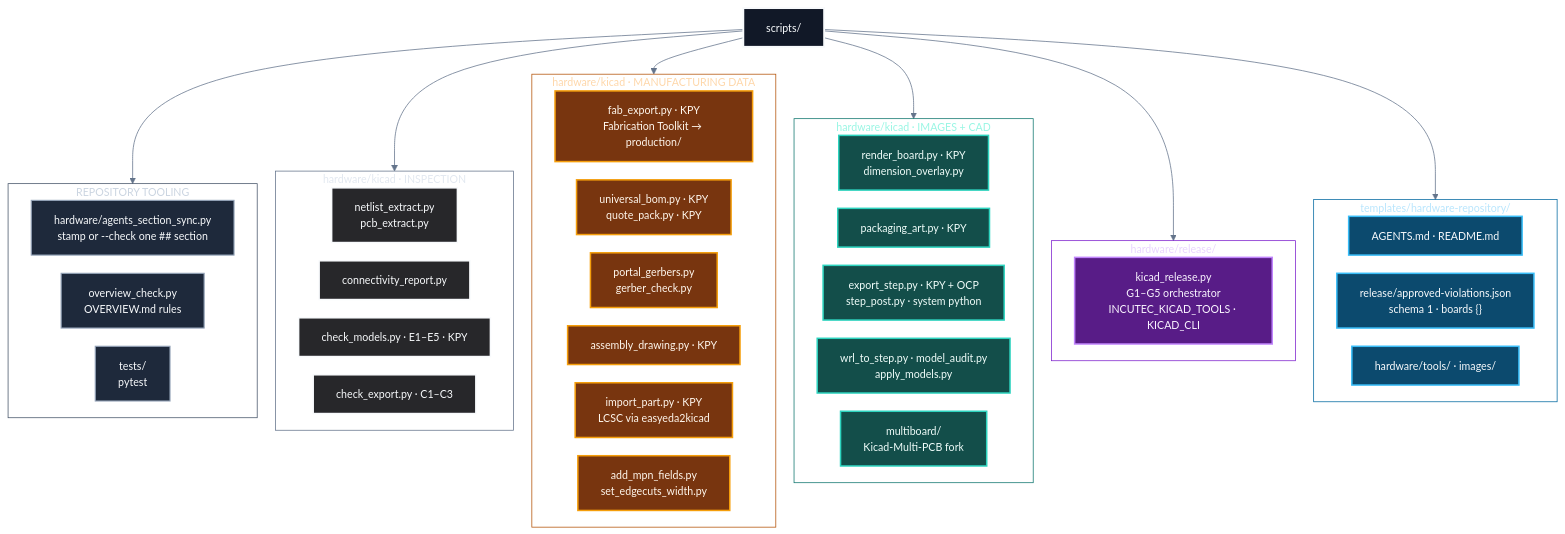
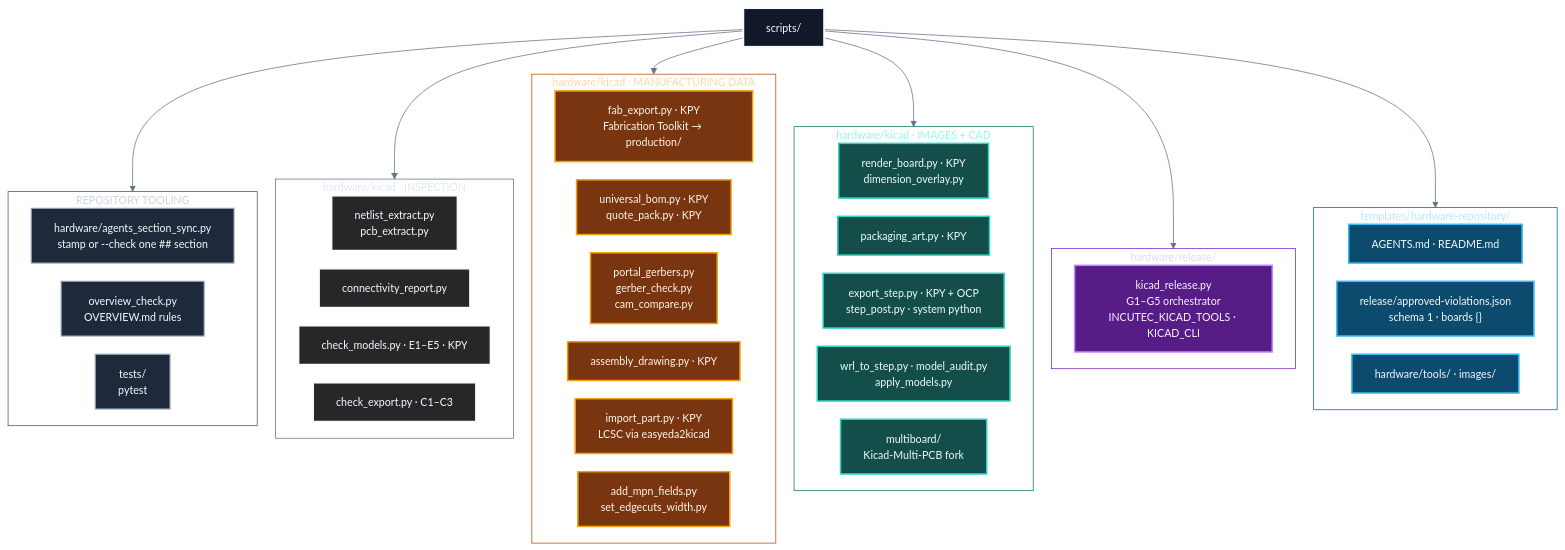
The second of 7 diagrams in OVERVIEW.md (incutec-org/hardware-tooling), drawn with Mermaid before and after one commit. The commit also changed other lines of this file and 4 other files, not shown here.

First line of the commit message:
Add cam_compare: review fab CAM Gerbers against the release

````diff
--- a/OVERVIEW.md
+++ b/OVERVIEW.md
@@ -40,81 +40,81 @@
 ```mermaid
 %%{init: {"theme": "base", "themeVariables": {"background": "#0b1120", "lineColor": "#64748b", "primaryTextColor": "#f8fafc", "edgeLabelBackground": "#0b1120", "fontSize": "14px"}, "flowchart": {"curve": "basis", "nodeSpacing": 24, "rankSpacing": 36}}}%%
 flowchart TB
     ROOT["scripts/"]
 
     ROOT --> META
     ROOT --> INSPECT
     ROOT --> FAB
     ROOT --> MEDIA
     ROOT --> REL
     ROOT --> TPL
 
     subgraph META["REPOSITORY TOOLING"]
         direction LR
         A1["hardware/agents_section_sync.py<br/>stamp or --check one ## section"]
         A2["overview_check.py<br/>OVERVIEW.md rules"]
         A3["tests/<br/>pytest"]
     end
 
     subgraph INSPECT["hardware/kicad · INSPECTION"]
         direction LR
         I1["netlist_extract.py<br/>pcb_extract.py"]
         I2["connectivity_report.py"]
         I3["check_models.py · E1–E5 · KPY"]
         I4["check_export.py · C1–C3"]
     end
 
     subgraph FAB["hardware/kicad · MANUFACTURING DATA"]
         direction LR
         F1["fab_export.py · KPY<br/>Fabrication Toolkit → production/"]
         F2["universal_bom.py · KPY<br/>quote_pack.py · KPY"]
-        F3["portal_gerbers.py<br/>gerber_check.py"]
+        F3["portal_gerbers.py<br/>gerber_check.py<br/>cam_compare.py"]
         F4["assembly_drawing.py · KPY"]
         F5["import_part.py · KPY<br/>LCSC via easyeda2kicad"]
         F6["add_mpn_fields.py<br/>set_edgecuts_width.py"]
     end
 
     subgraph MEDIA["hardware/kicad · IMAGES + CAD"]
         direction LR
         M1["render_board.py · KPY<br/>dimension_overlay.py"]
         M2["packaging_art.py · KPY"]
         M3["export_step.py · KPY + OCP<br/>step_post.py · system python"]
         M4["wrl_to_step.py · model_audit.py<br/>apply_models.py"]
         M5["multiboard/<br/>Kicad-Multi-PCB fork"]
     end
 
     subgraph REL["hardware/release/"]
         direction LR
         R1["kicad_release.py<br/>G1–G5 orchestrator<br/>INCUTEC_KICAD_TOOLS · KICAD_CLI"]
     end
 
     subgraph TPL["templates/hardware-repository/"]
         direction LR
         T1["AGENTS.md · README.md"]
         T2["release/approved-violations.json<br/>schema 1 · boards {}"]
         T3["hardware/tools/ · images/"]
     end
 
     classDef root fill:#111827,stroke:#f8fafc,color:#f8fafc,stroke-width:2.5px;
     classDef meta fill:#1e293b,stroke:#94a3b8,color:#f8fafc,stroke-width:1.5px;
     classDef inspect fill:#27272a,stroke:#f8fafc,color:#f8fafc,stroke-width:2px;
     classDef fab fill:#78350f,stroke:#f59e0b,color:#fff7ed,stroke-width:2px;
     classDef media fill:#134e4a,stroke:#2dd4bf,color:#f0fdfa,stroke-width:2px;
     classDef rel fill:#581c87,stroke:#c084fc,color:#faf5ff,stroke-width:2px;
     classDef tpl fill:#0c4a6e,stroke:#38bdf8,color:#f8fafc,stroke-width:2px;
 
     class ROOT root;
     class A1,A2,A3 meta;
     class I1,I2,I3,I4 inspect;
     class F1,F2,F3,F4,F5,F6 fab;
     class M1,M2,M3,M4,M5 media;
     class R1 rel;
     class T1,T2,T3 tpl;
 
     style META fill:transparent,stroke:#475569,color:#cbd5e1;
     style INSPECT fill:transparent,stroke:#64748b,color:#e2e8f0;
     style FAB fill:transparent,stroke:#b45309,color:#fed7aa;
     style MEDIA fill:transparent,stroke:#0f766e,color:#99f6e4;
     style REL fill:transparent,stroke:#7e22ce,color:#e9d5ff;
     style TPL fill:transparent,stroke:#0369a1,color:#bae6fd;
 ```
````
